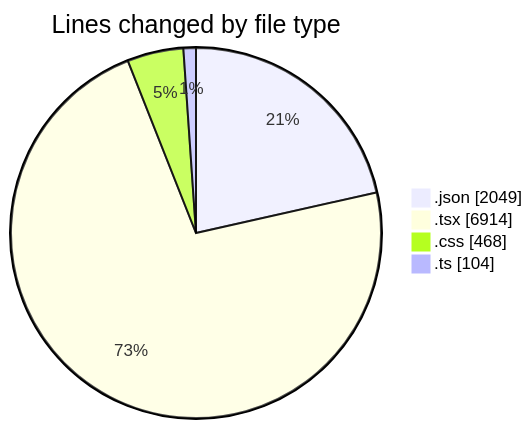
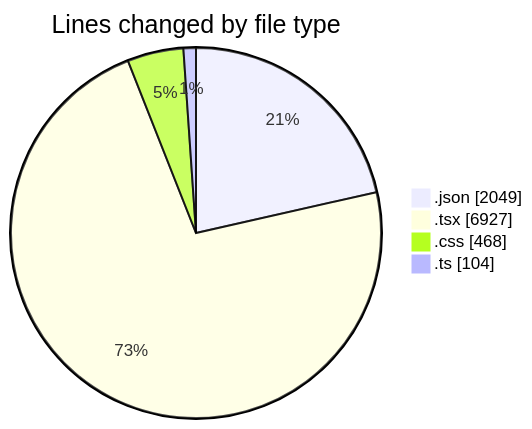
One commit to EIIisD/code-tracking changed the first of 2 diagrams in 2025-08-14/ribbon/README.md. Above: the diagram before and after it, drawn with Mermaid. The commit also changed other lines of this file and 1 other file, not shown here.

````diff
--- a/2025-08-14/ribbon/README.md
+++ b/2025-08-14/ribbon/README.md
@@ -29,8 +29,8 @@
 ```mermaid
 pie showData
 title Lines changed by file type
 ".json" : 2049
-".tsx" : 6914
+".tsx" : 6927
 ".css" : 468
 ".ts" : 104
 ```
````
